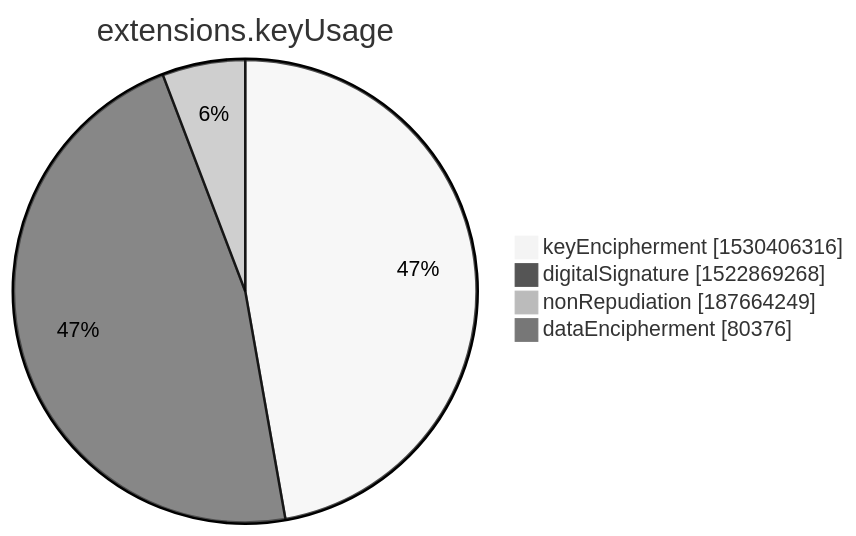
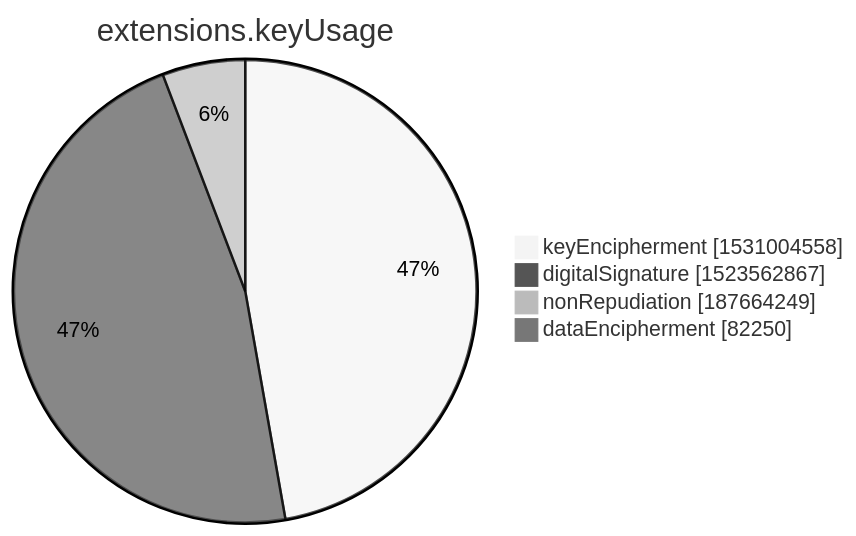
Before and after one commit to christiankrug/ctmonitor_visualization: the seventh of 15 diagrams in xenon2022/README.md, drawn with Mermaid (neutral theme). The commit also changed other lines of this file, not shown here.

````diff
--- a/xenon2022/README.md
+++ b/xenon2022/README.md
@@ -2849,8 +2849,8 @@
 ```mermaid
 pie showData
 title extensions.keyUsage
-"keyEncipherment" :1530406316
-"digitalSignature" :1522869268
+"keyEncipherment" :1531004558
+"digitalSignature" :1523562867
 "nonRepudiation" :187664249
-"dataEncipherment" :80376
+"dataEncipherment" :82250
 ```
````
